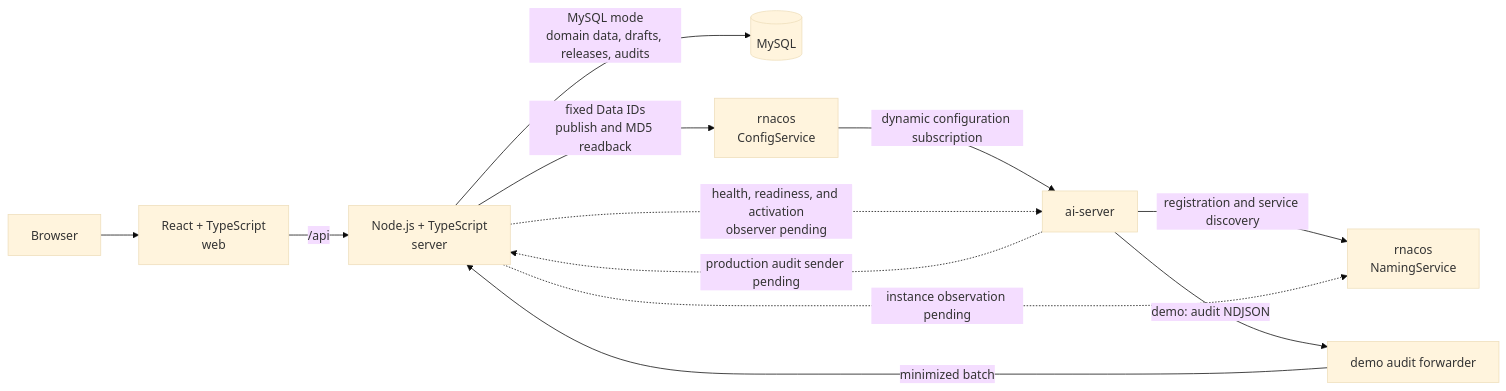
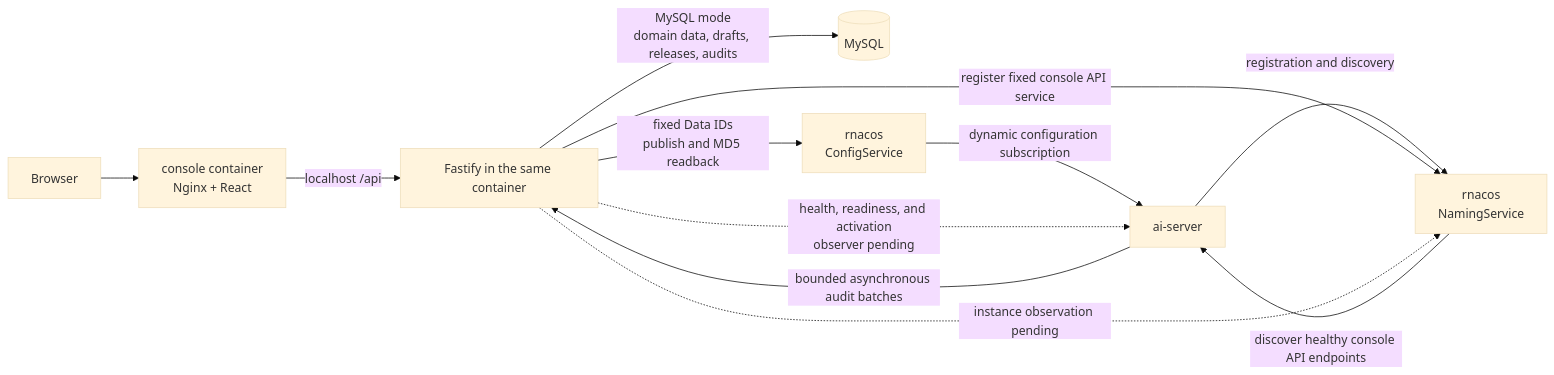
One commit to fiber-net-gateway/ai-gateway changed the diagram in README.md. Above: the diagram before and after it, drawn with Mermaid (base theme). The commit also changed other lines of this file and 139 other files, not shown here.

First line of the commit message:
feat: integrate ai-server into console stack

````diff
--- a/README.md
+++ b/README.md
@@ -29,14 +29,14 @@
 ```mermaid
 flowchart LR
-    B[Browser] --> W[React + TypeScript<br/>web]
-    W -->|/api| A[Node.js + TypeScript<br/>server]
+    B[Browser] --> W[console container<br/>Nginx + React]
+    W -->|localhost /api| A[Fastify in the same container]
     A -->|MySQL mode<br/>domain data, drafts, releases, audits| D[(MySQL)]
     A -->|fixed Data IDs<br/>publish and MD5 readback| C[rnacos<br/>ConfigService]
     C -->|dynamic configuration subscription| S[ai-server]
-    S -->|registration and service discovery| N[rnacos<br/>NamingService]
-    S -->|demo: audit NDJSON| F[demo audit forwarder]
-    F -->|minimized batch| A
-    S -.->|production audit sender pending| A
+    S -->|registration and discovery| N[rnacos<br/>NamingService]
+    A -->|register fixed console API service| N
+    N -->|discover healthy console API endpoints| S
+    S -->|bounded asynchronous audit batches| A
     A -.->|health, readiness, and activation<br/>observer pending| S
     A -.->|instance observation pending| N
 ```
````
